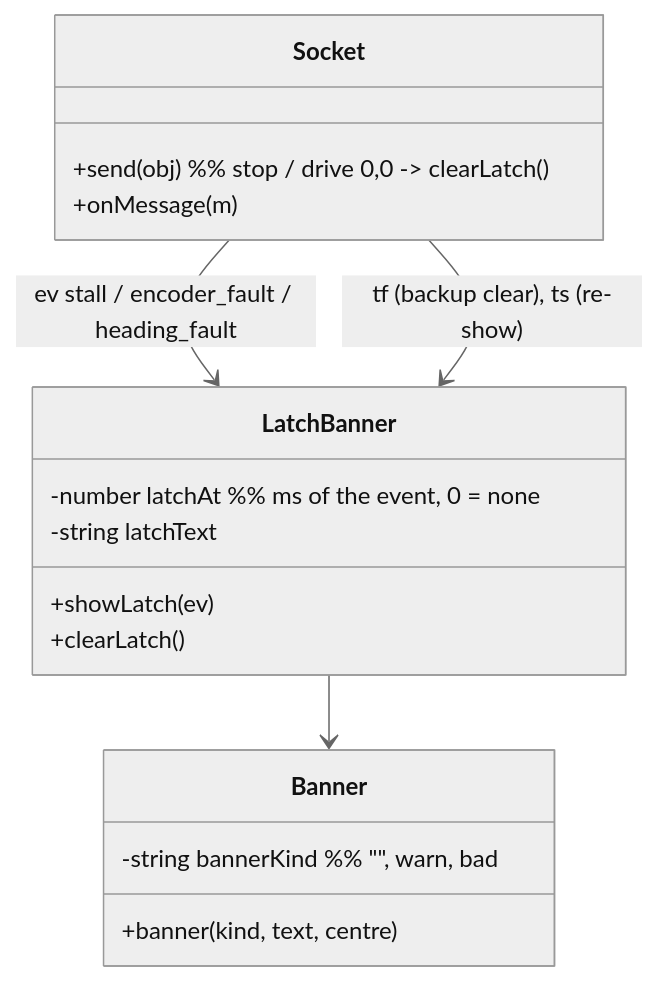
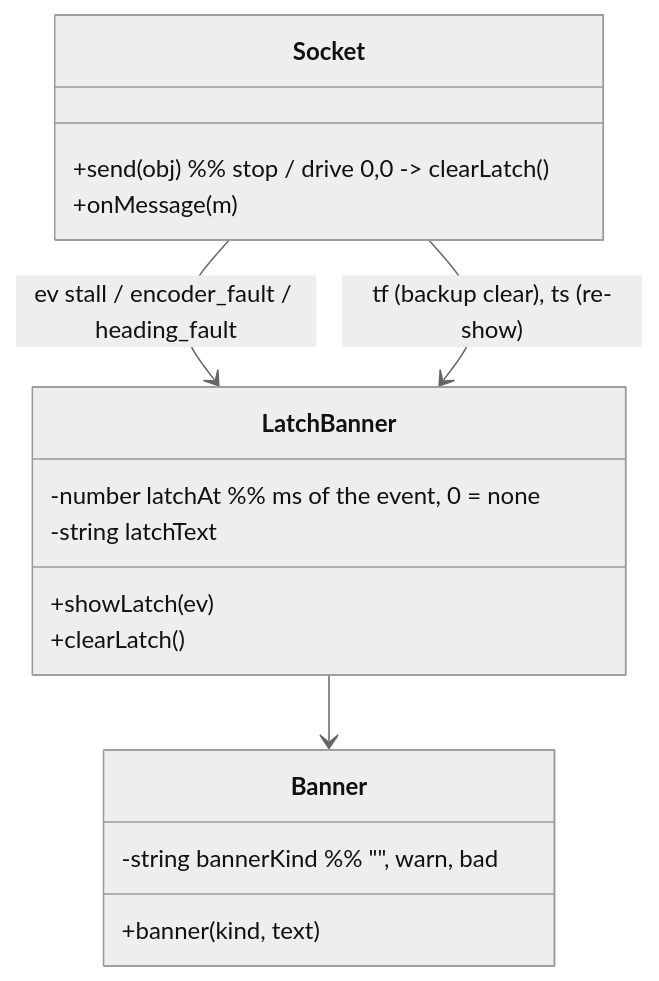
One commit to mannuray/conqueror changed diagram 26 of 27 in docs/lld/esp32-bridge-lld.md. Above: the diagram before and after it, drawn with Mermaid (neutral theme). The commit also changed other lines of this file and 2 other files, not shown here.

Commit message:
feat(bridge): every phone page banner is the slim centred line

````diff
--- a/docs/lld/esp32-bridge-lld.md
+++ b/docs/lld/esp32-bridge-lld.md
@@ -1075,20 +1075,20 @@
 ```mermaid
 classDiagram
   class LatchBanner {
     -number latchAt  %% ms of the event, 0 = none
     -string latchText
     +showLatch(ev)
     +clearLatch()
   }
   class Banner {
     -string bannerKind  %% "", warn, bad
-    +banner(kind, text, centre)
+    +banner(kind, text)
   }
   class Socket {
     +send(obj)  %% stop / drive 0,0 -> clearLatch()
     +onMessage(m)
   }
   Socket --> LatchBanner : ev stall / encoder_fault / heading_fault
   Socket --> LatchBanner : tf (backup clear), ts (re-show)
   LatchBanner --> Banner
 ```
````
